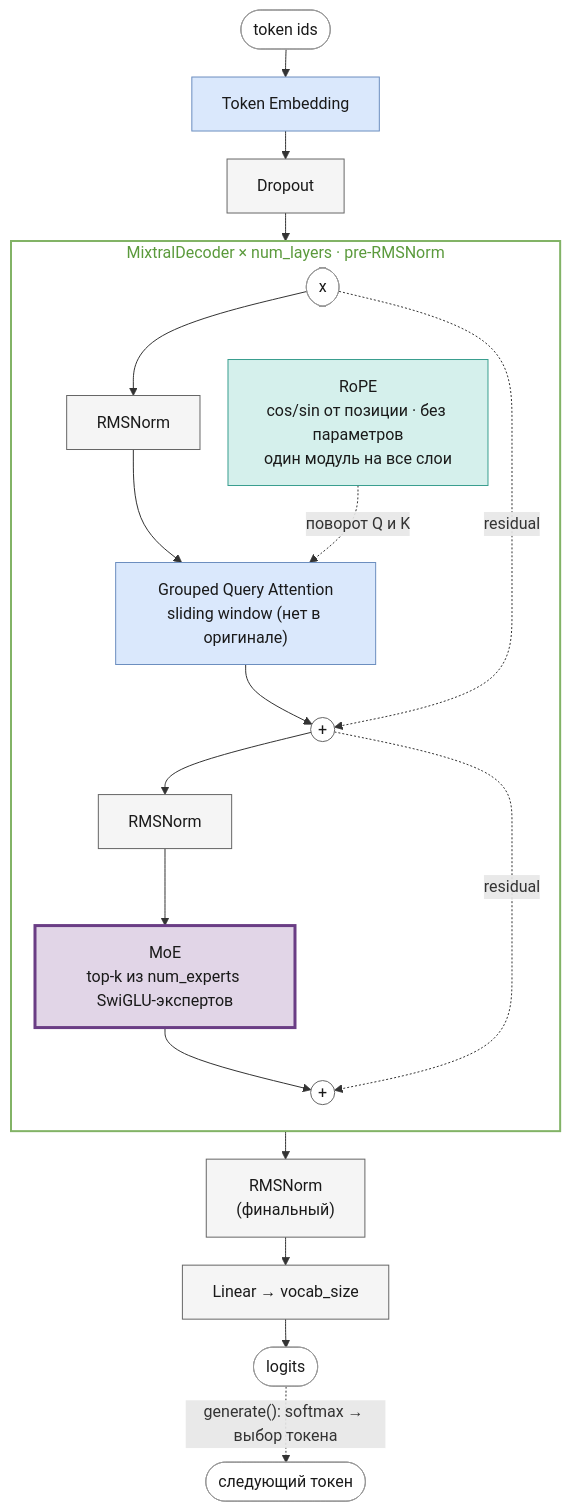
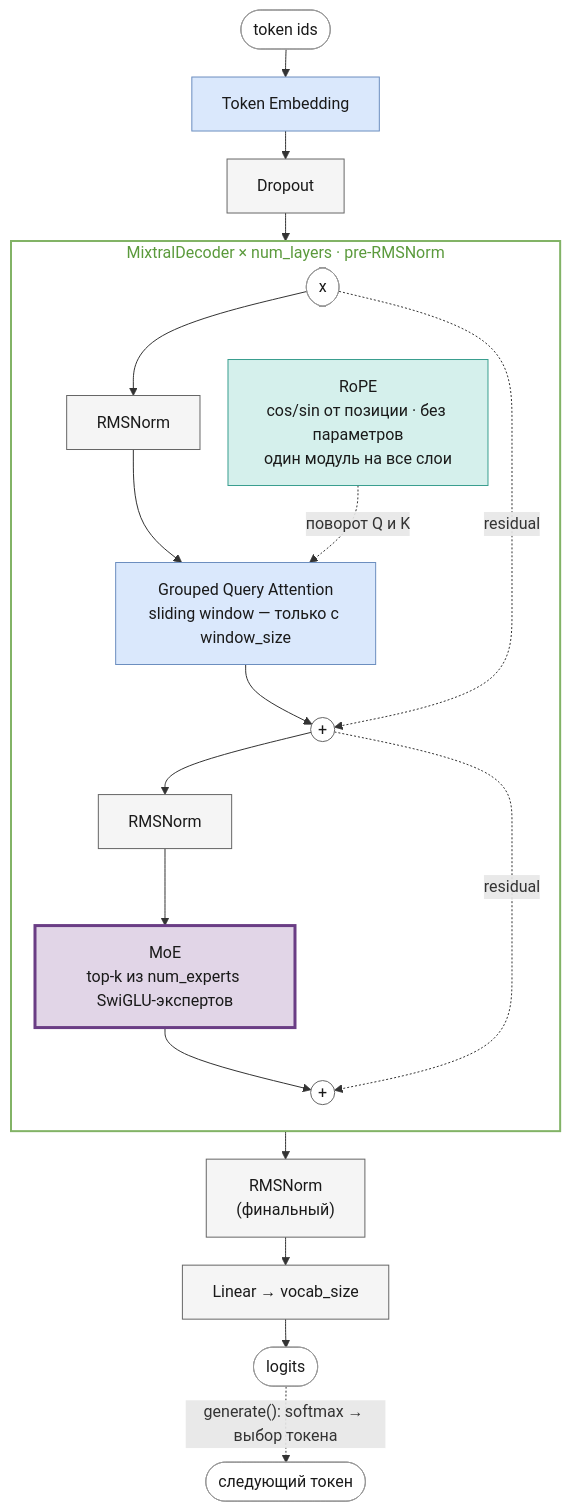
The first of 2 diagrams in docs/mixtral.md (pese-git/llm-arch-research), drawn with Mermaid before and after one commit. The commit also changed other lines of this file and 16 other files, not shown here.

First line of the commit message:
feat(mistral, mixtral): FFN size, bias-free Linear, optional sliding window, HF weights

````diff
--- a/docs/mixtral.md
+++ b/docs/mixtral.md
@@ -14,37 +14,37 @@
 ```mermaid
 %%{init: {"flowchart": {"rankSpacing": 28, "nodeSpacing": 28}}}%%
 flowchart TB
     Ids(["token ids"]):::io --> TokEmb["Token Embedding"]:::blue
     TokEmb --> Drop["Dropout"]:::gray
     subgraph Dec["MixtralDecoder × num_layers · pre-RMSNorm"]
         direction TB
         X(["x"]):::io --> N1["RMSNorm"]:::gray
-        N1 --> Attn["Grouped Query Attention<br/>sliding window (нет в оригинале)"]:::blue
+        N1 --> Attn["Grouped Query Attention<br/>sliding window — только с window_size"]:::blue
         R["RoPE<br/>cos/sin от позиции · без параметров<br/>один модуль на все слои"]:::rope
         R -. "поворот Q и K" .-> Attn
         Attn --> A1(("+")):::add
         X -. residual .-> A1
         A1 --> N2["RMSNorm"]:::gray
         N2 --> FFN["MoE<br/>top-k из num_experts SwiGLU-экспертов"]:::purpleHl
         FFN --> A2(("+")):::add
         A1 -. residual .-> A2
     end
     Drop --> Dec
     Dec --> NF["RMSNorm<br/>(финальный)"]:::gray --> Lin
     Lin["Linear → vocab_size"]:::gray --> Out(["logits"]):::io
     Out -. "generate(): softmax → выбор токена" .-> Next(["следующий токен"]):::io
     style Dec fill:transparent,stroke:#82b366,stroke-width:2px,color:#5b9a3c
 
     classDef io fill:#ffffff,stroke:#999999,color:#1a1a1a;
     classDef add fill:#ffffff,stroke:#666666,color:#1a1a1a;
     classDef blue fill:#dae8fc,stroke:#6c8ebf,color:#1a1a1a;
     classDef blueHl fill:#dae8fc,stroke:#2f5f9e,stroke-width:3px,color:#1a1a1a;
     classDef purple fill:#e1d5e7,stroke:#9673a6,color:#1a1a1a;
     classDef purpleHl fill:#e1d5e7,stroke:#6a3d85,stroke-width:3px,color:#1a1a1a;
     classDef gray fill:#f5f5f5,stroke:#666666,color:#1a1a1a;
     classDef grayHl fill:#f5f5f5,stroke:#333333,stroke-width:3px,color:#1a1a1a;
     classDef gold fill:#fff2cc,stroke:#d6b656,color:#1a1a1a;
     classDef rope fill:#d5f0ec,stroke:#3a9e8f,color:#1a1a1a;
     classDef ropeHl fill:#d5f0ec,stroke:#1f6f63,stroke-width:3px,color:#1a1a1a;
     classDef dim fill:#f5f5f5,stroke:#bbbbbb,color:#999999,stroke-dasharray:4 3;
 ```
````
